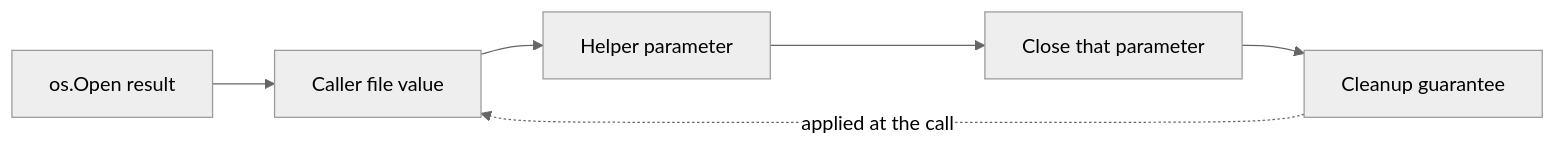
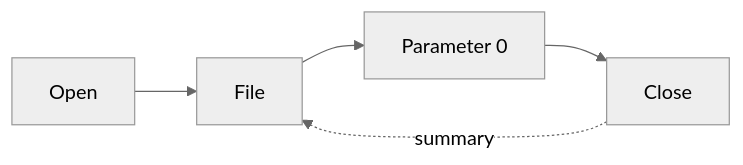
One commit to alexandear-org/gohawk changed the second of 3 diagrams in talks/golangnyc/slides.md. Above: the diagram before and after it, drawn with Mermaid (neutral theme). The commit also changed other lines of this file, not shown here.

````diff
--- a/talks/golangnyc/slides.md
+++ b/talks/golangnyc/slides.md
@@ -317,8 +298,7 @@
 ```mermaid
 flowchart LR
-  O[os.Open result] --> V[Caller file value]
-  V --> B[Helper parameter]
-  B --> C[Close that parameter]
-  C --> S[Cleanup guarantee]
-  S -. applied at the call .-> V
+  O[Open] --> V[File]
+  V --> B[Parameter 0]
+  B --> C[Close]
+  C -. summary .-> V
 ```
````
